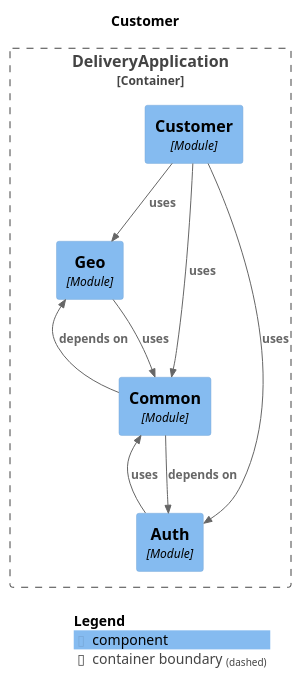
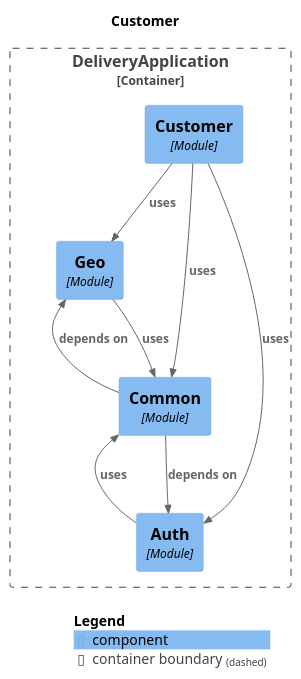
One commit to fxavier/pede-aqui changed the diagram in docs/architecture/modules/module-customer.puml. Above: the diagram before and after it, drawn with PlantUML. The commit also changed other lines of this file and 22 other files, not shown here.

```diff
--- a/docs/architecture/modules/module-customer.puml
+++ b/docs/architecture/modules/module-customer.puml
@@ -1,27 +1,27 @@
 @startuml
 set separator none
 title Customer
 
 top to bottom direction
 
 !include <C4/C4>
 !include <C4/C4_Context>
 !include <C4/C4_Component>
 
 Container_Boundary("DeliveryApplication.DeliveryApplication_boundary", "DeliveryApplication", $tags="") {
   Component(DeliveryApplication.DeliveryApplication.Geo, "Geo", $techn="Module", $descr="", $tags="", $link="")
   Component(DeliveryApplication.DeliveryApplication.Auth, "Auth", $techn="Module", $descr="", $tags="", $link="")
   Component(DeliveryApplication.DeliveryApplication.Common, "Common", $techn="Module", $descr="", $tags="", $link="")
   Component(DeliveryApplication.DeliveryApplication.Customer, "Customer", $techn="Module", $descr="", $tags="", $link="")
 }
 
-Rel(DeliveryApplication.DeliveryApplication.Common, DeliveryApplication.DeliveryApplication.Geo, "depends on", $techn="", $tags="", $link="")
-Rel(DeliveryApplication.DeliveryApplication.Common, DeliveryApplication.DeliveryApplication.Auth, "depends on", $techn="", $tags="", $link="")
 Rel(DeliveryApplication.DeliveryApplication.Auth, DeliveryApplication.DeliveryApplication.Common, "uses", $techn="", $tags="", $link="")
 Rel(DeliveryApplication.DeliveryApplication.Customer, DeliveryApplication.DeliveryApplication.Auth, "uses", $techn="", $tags="", $link="")
 Rel(DeliveryApplication.DeliveryApplication.Customer, DeliveryApplication.DeliveryApplication.Common, "uses", $techn="", $tags="", $link="")
 Rel(DeliveryApplication.DeliveryApplication.Customer, DeliveryApplication.DeliveryApplication.Geo, "uses", $techn="", $tags="", $link="")
+Rel(DeliveryApplication.DeliveryApplication.Common, DeliveryApplication.DeliveryApplication.Geo, "depends on", $techn="", $tags="", $link="")
+Rel(DeliveryApplication.DeliveryApplication.Common, DeliveryApplication.DeliveryApplication.Auth, "depends on", $techn="", $tags="", $link="")
 Rel(DeliveryApplication.DeliveryApplication.Geo, DeliveryApplication.DeliveryApplication.Common, "uses", $techn="", $tags="", $link="")
 
 SHOW_LEGEND(true)
 @enduml
```
